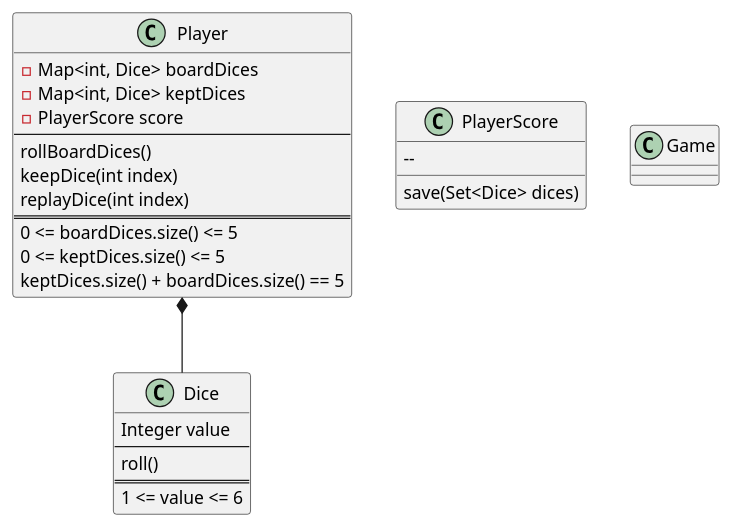
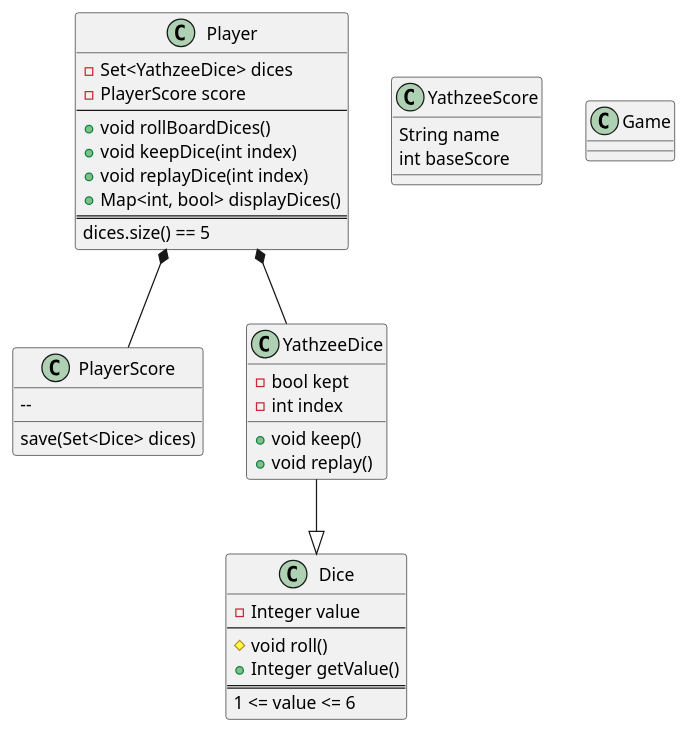
The diagram in 7-Yahtzee/yathzee.puml (yanncourtel/Clean-Coder-Journey), drawn with PlantUML before and after one commit.

Commit message:
Refined dice definition in diagram

```diff
--- a/7-Yahtzee/yathzee.puml
+++ b/7-Yahtzee/yathzee.puml
@@ -1,34 +1,47 @@
 @startuml
 class Player {
-    -Map<int, Dice> boardDices
-    -Map<int, Dice> keptDices
+    -Set<YathzeeDice> dices
     -PlayerScore score
     --
-    rollBoardDices()
-    keepDice(int index)
-    replayDice(int index)
+    +void rollBoardDices()
+    +void keepDice(int index)
+    +void replayDice(int index)
+    +Map<int, bool> displayDices()
     ==
-    0 <= boardDices.size() <= 5
-    0 <= keptDices.size() <= 5
-    keptDices.size() + boardDices.size() == 5
+    dices.size() == 5
 }
 
 class PlayerScore {
 
     --
     save(Set<Dice> dices)
 }
 
+class YathzeeScore {
+    String name
+    int baseScore
+}
+
+class YathzeeDice {
+    -bool kept
+    -int index
+    +void keep()
+    +void replay()
+}
+
 class Dice {
-    Integer value
+    -Integer value
     --
-    roll()
+    #void roll()
+    +Integer getValue()
     ==
     1 <= value <= 6
 }
 
 class Game
 
-Player *-- Dice
+Player *-- YathzeeDice
+Player *-- PlayerScore
+YathzeeDice --|> Dice
 
 @enduml
```
